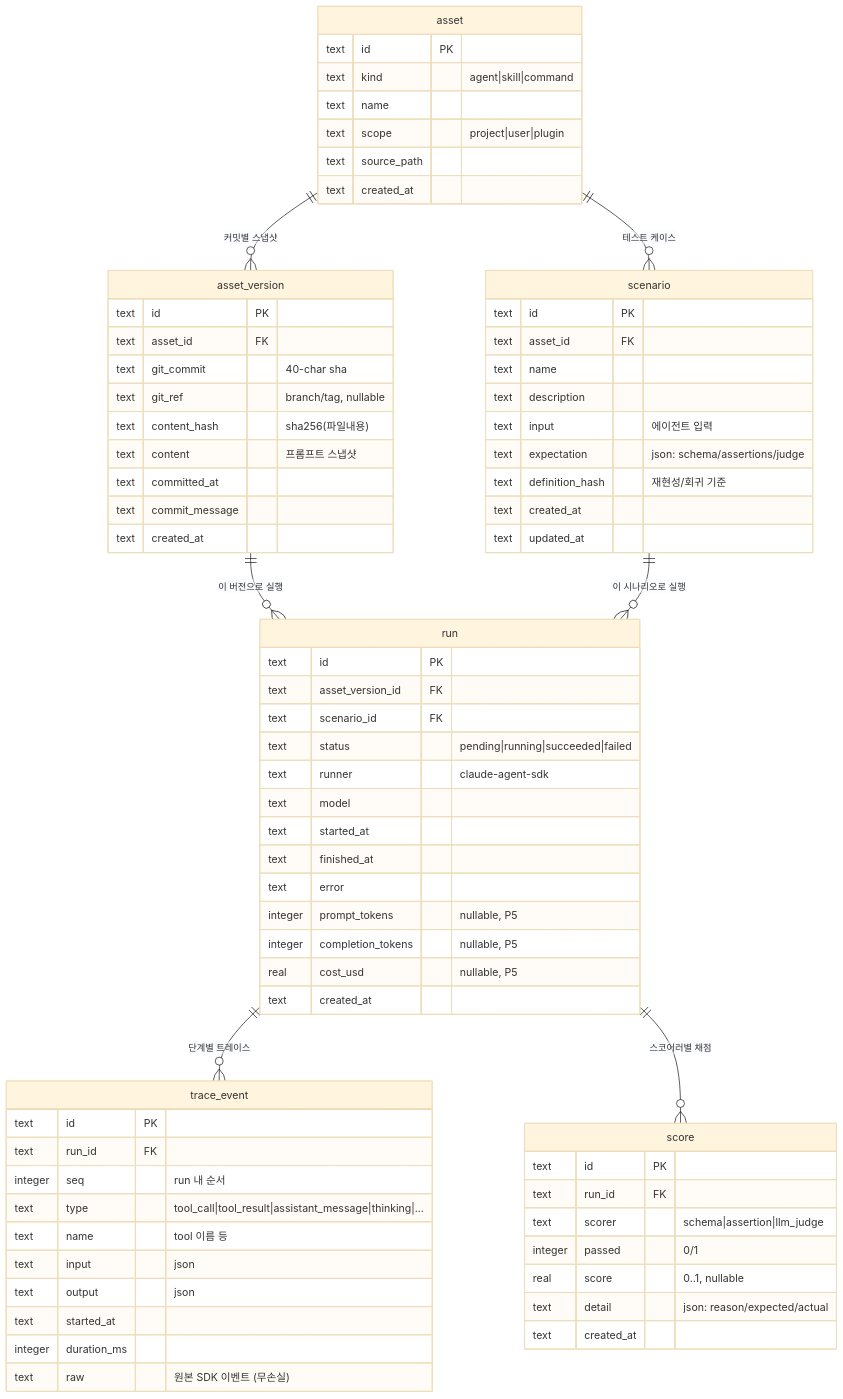
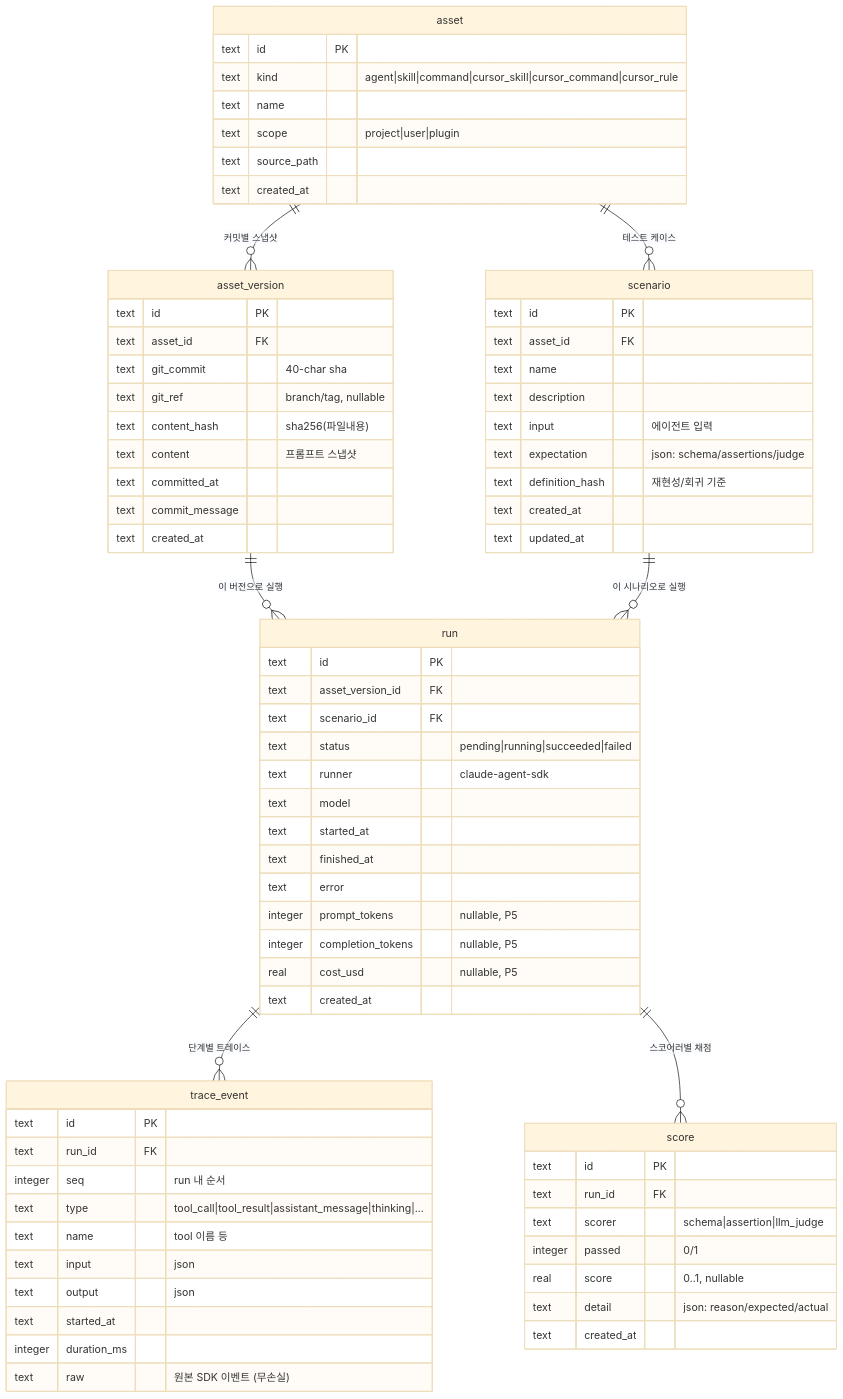
The diagram in docs/DATA_MODEL.md (ryu-qqq/ops-pilot), drawn with Mermaid (base theme) before and after one commit. The commit also changed 18 other files, not shown here.

First line of the commit message:
feat(BRIDGE-04~05): Cursor 레지스트리·cursor_skill apply

````diff
--- a/docs/DATA_MODEL.md
+++ b/docs/DATA_MODEL.md
@@ -7,76 +7,76 @@
 ```mermaid
 erDiagram
     asset ||--o{ asset_version : "커밋별 스냅샷"
     asset ||--o{ scenario : "테스트 케이스"
     asset_version ||--o{ run : "이 버전으로 실행"
     scenario ||--o{ run : "이 시나리오로 실행"
     run ||--o{ trace_event : "단계별 트레이스"
     run ||--o{ score : "스코어러별 채점"
 
     asset {
         text id PK
-        text kind "agent|skill|command"
+        text kind "agent|skill|command|cursor_skill|cursor_command|cursor_rule"
         text name
         text scope "project|user|plugin"
         text source_path
         text created_at
     }
     asset_version {
         text id PK
         text asset_id FK
         text git_commit "40-char sha"
         text git_ref "branch/tag, nullable"
         text content_hash "sha256(파일내용)"
         text content "프롬프트 스냅샷"
         text committed_at
         text commit_message
         text created_at
     }
     scenario {
         text id PK
         text asset_id FK
         text name
         text description
         text input "에이전트 입력"
         text expectation "json: schema/assertions/judge"
         text definition_hash "재현성/회귀 기준"
         text created_at
         text updated_at
     }
     run {
         text id PK
         text asset_version_id FK
         text scenario_id FK
         text status "pending|running|succeeded|failed"
         text runner "claude-agent-sdk"
         text model
         text started_at
         text finished_at
         text error
         integer prompt_tokens "nullable, P5"
         integer completion_tokens "nullable, P5"
         real cost_usd "nullable, P5"
         text created_at
     }
     trace_event {
         text id PK
         text run_id FK
         integer seq "run 내 순서"
         text type "tool_call|tool_result|assistant_message|thinking|..."
         text name "tool 이름 등"
         text input "json"
         text output "json"
         text started_at
         integer duration_ms
         text raw "원본 SDK 이벤트 (무손실)"
     }
     score {
         text id PK
         text run_id FK
         text scorer "schema|assertion|llm_judge"
         integer passed "0/1"
         real score "0..1, nullable"
         text detail "json: reason/expected/actual"
         text created_at
     }
 ```
````
